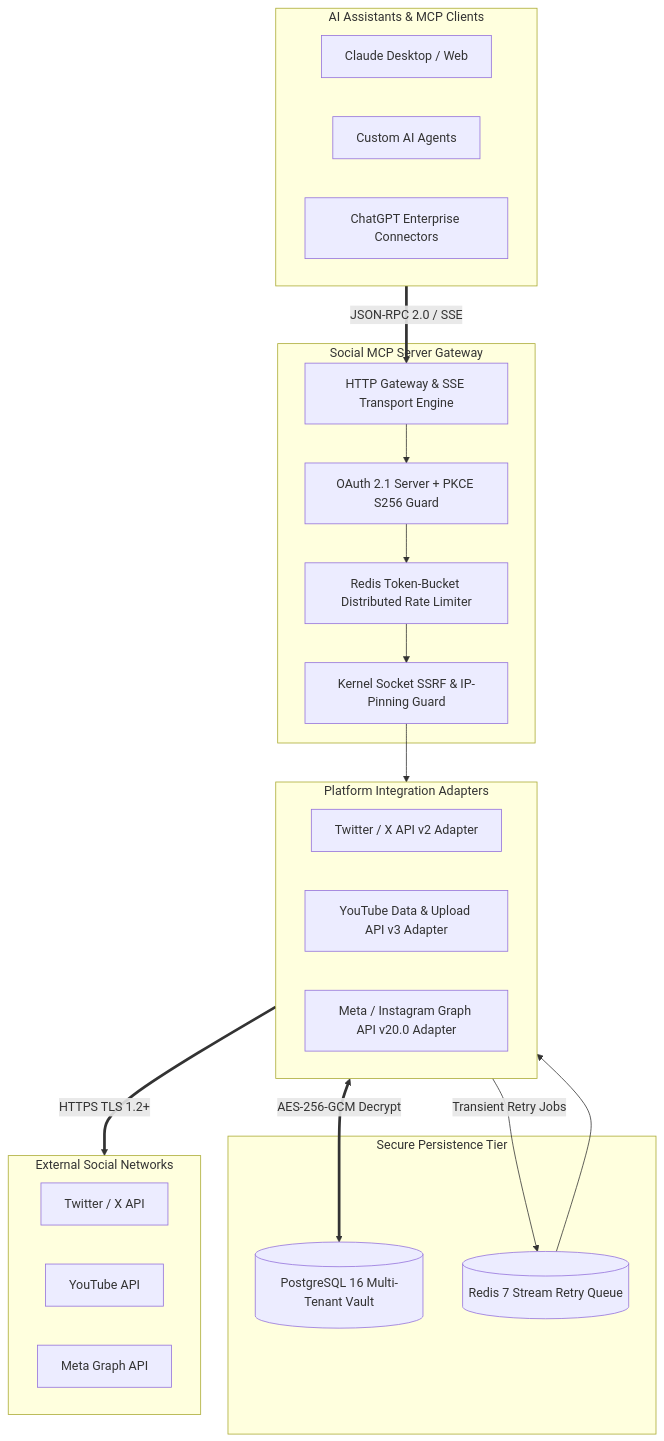
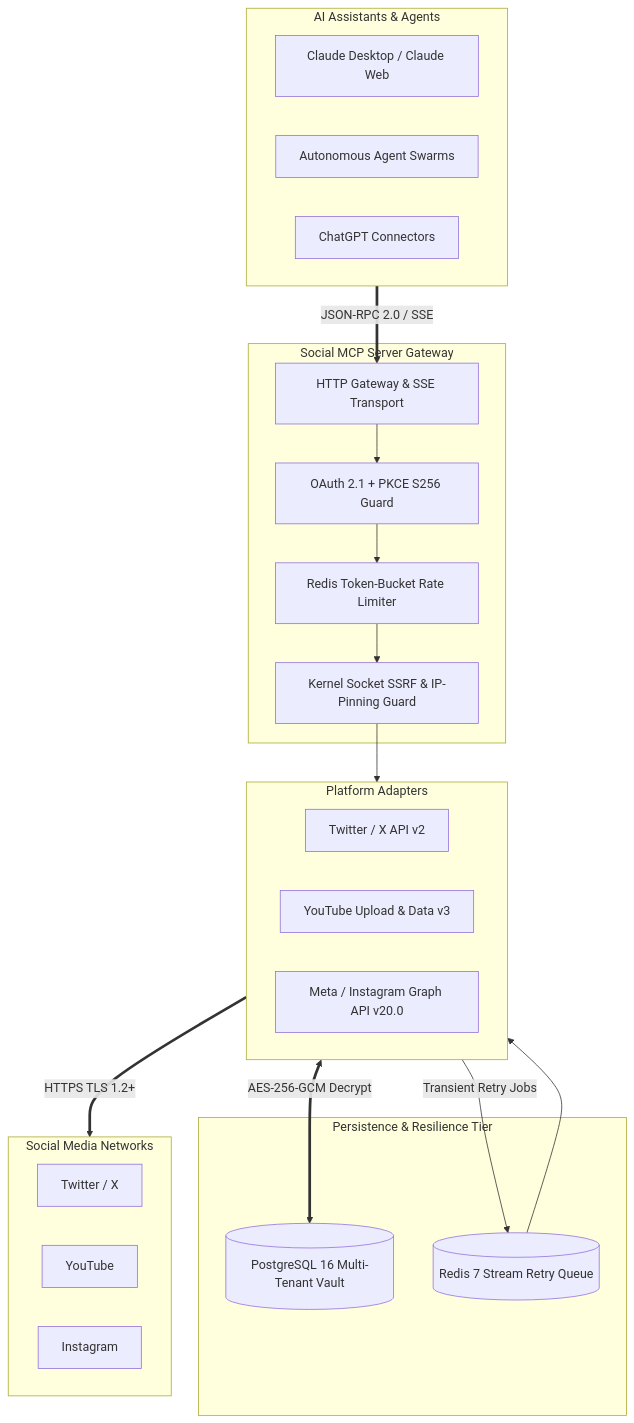
The first of 2 diagrams in README.md (kuldeep-poonia/social-publish-mcp-server), drawn with Mermaid before and after one commit. The commit also changed other lines of this file and 1 other file, not shown here.

Commit message:
docs: fix Mermaid syntax in sequence diagram, remove buzzwords, and expand comprehensive technical documentation

````diff
--- a/README.md
+++ b/README.md
@@ -40,42 +46,42 @@
 ```mermaid
 flowchart TD
-    subgraph ClientLayer["AI Assistants & MCP Clients"]
-        Claude["Claude Desktop / Web"]
-        Agent["Custom AI Agents"]
-        GPT["ChatGPT Enterprise Connectors"]
+    subgraph ClientLayer["AI Assistants & Agents"]
+        Claude["Claude Desktop / Claude Web"]
+        Agent["Autonomous Agent Swarms"]
+        GPT["ChatGPT Connectors"]
     end
 
     subgraph ServerGateway["Social MCP Server Gateway"]
-        Router["HTTP Gateway & SSE Transport Engine"]
-        AuthGuard["OAuth 2.1 Server + PKCE S256 Guard"]
-        RateLimiter["Redis Token-Bucket Distributed Rate Limiter"]
+        Router["HTTP Gateway & SSE Transport"]
+        AuthGuard["OAuth 2.1 + PKCE S256 Guard"]
+        RateLimiter["Redis Token-Bucket Rate Limiter"]
         SSRF["Kernel Socket SSRF & IP-Pinning Guard"]
     end
 
-    subgraph Storage["Secure Persistence Tier"]
+    subgraph Storage["Persistence & Resilience Tier"]
         PG[("PostgreSQL 16 Multi-Tenant Vault")]
         Redis[("Redis 7 Stream Retry Queue")]
     end
 
-    subgraph Adapters["Platform Integration Adapters"]
-        Twitter["Twitter / X API v2 Adapter"]
-        YouTube["YouTube Data & Upload API v3 Adapter"]
-        Instagram["Meta / Instagram Graph API v20.0 Adapter"]
+    subgraph Adapters["Platform Adapters"]
+        Twitter["Twitter / X API v2"]
+        YouTube["YouTube Upload & Data v3"]
+        Instagram["Meta / Instagram Graph API v20.0"]
     end
 
-    subgraph Upstream["External Social Networks"]
-        XNet["Twitter / X API"]
-        YTNet["YouTube API"]
-        MetaNet["Meta Graph API"]
+    subgraph Upstream["Social Media Networks"]
+        XNet["Twitter / X"]
+        YTNet["YouTube"]
+        MetaNet["Instagram"]
     end
 
     ClientLayer ==>|JSON-RPC 2.0 / SSE| Router
     Router --> AuthGuard
     AuthGuard --> RateLimiter
     RateLimiter --> SSRF
     SSRF --> Adapters
     Adapters <==>|AES-256-GCM Decrypt| PG
     Adapters -->|Transient Retry Jobs| Redis
     Redis --> Adapters
     Adapters ==>|HTTPS TLS 1.2+| Upstream
 ```
````
